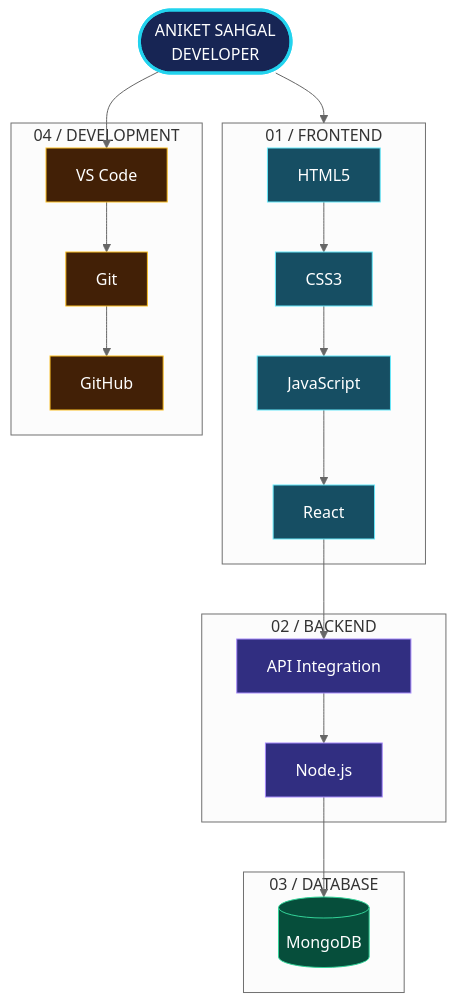
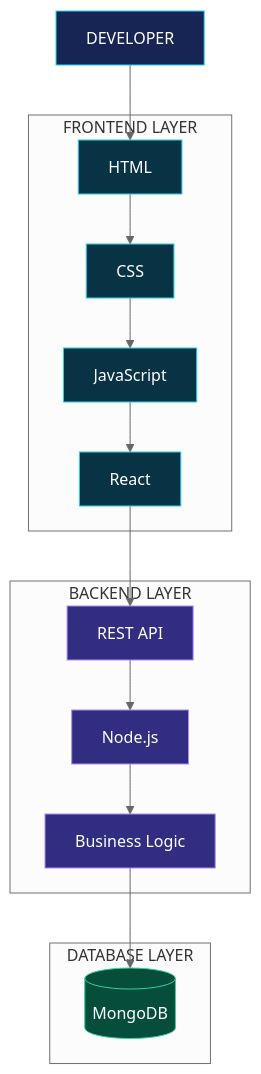
One commit to Sehgal1001/Sehgal1001 changed the diagram in README.md. Above: the diagram before and after it, drawn with Mermaid (neutral theme). The commit also changed other lines of this file, not shown here.

````diff
--- a/README.md
+++ b/README.md
@@ -34,49 +76,40 @@
 ```mermaid
 flowchart TB
-    A(["ANIKET SAHGAL<br/>DEVELOPER"])
+    A["DEVELOPER"]
 
-    subgraph FRONTEND["01 / FRONTEND"]
-        B["HTML5"]
-        C["CSS3"]
+    subgraph FRONTEND["FRONTEND LAYER"]
+        B["HTML"]
+        C["CSS"]
         D["JavaScript"]
         E["React"]
     end
 
-    subgraph BACKEND["02 / BACKEND"]
+    subgraph BACKEND["BACKEND LAYER"]
         F["Node.js"]
-        G["API Integration"]
+        G["REST API"]
+        H["Business Logic"]
     end
 
-    subgraph DATABASE["03 / DATABASE"]
-        H[("MongoDB")]
+    subgraph DATABASE["DATABASE LAYER"]
+        I[("MongoDB")]
     end
 
-    subgraph TOOLS["04 / DEVELOPMENT"]
-        I["VS Code"]
-        J["Git"]
-        K["GitHub"]
-    end
-
-    A --> FRONTEND
+    A --> B
     B --> C
     C --> D
     D --> E
     E --> G
     G --> F
     F --> H
-    A --> I
-    I --> J
-    J --> K
+    H --> I
 
-    classDef main fill:#172554,stroke:#22d3ee,color:#fff,stroke-width:3px
-    classDef front fill:#164e63,stroke:#67e8f9,color:#fff
+    classDef main fill:#172554,stroke:#22d3ee,color:#fff
+    classDef front fill:#083344,stroke:#22d3ee,color:#fff
     classDef back fill:#312e81,stroke:#a78bfa,color:#fff
-    classDef data fill:#064e3b,stroke:#34d399,color:#fff
-    classDef tool fill:#422006,stroke:#fbbf24,color:#fff
+    classDef db fill:#064e3b,stroke:#34d399,color:#fff
 
     class A main
     class B,C,D,E front
-    class F,G back
-    class H data
-    class I,J,K tool
+    class F,G,H back
+    class I db
 ```
````
